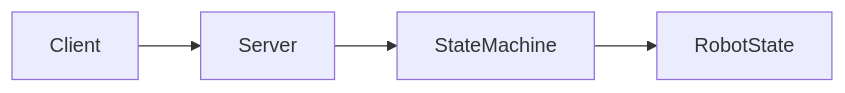
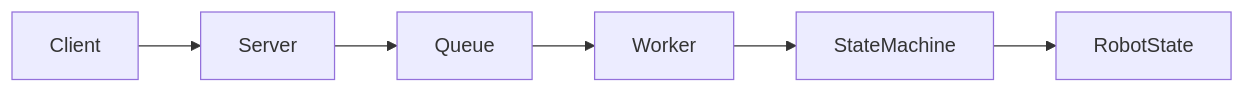
One commit to saibaduk1-netizen/getting-start changed the first of 3 diagrams in README.md. Above: the diagram before and after it, drawn with Mermaid. The commit also changed other lines of this file, not shown here.

````diff
--- a/README.md
+++ b/README.md
@@ -24,6 +51,8 @@
 ```mermaid
 flowchart LR
     Client --> Server
-    Server --> StateMachine
+    Server --> Queue
+    Queue --> Worker
+    Worker --> StateMachine
     StateMachine --> RobotState
 ```
````
